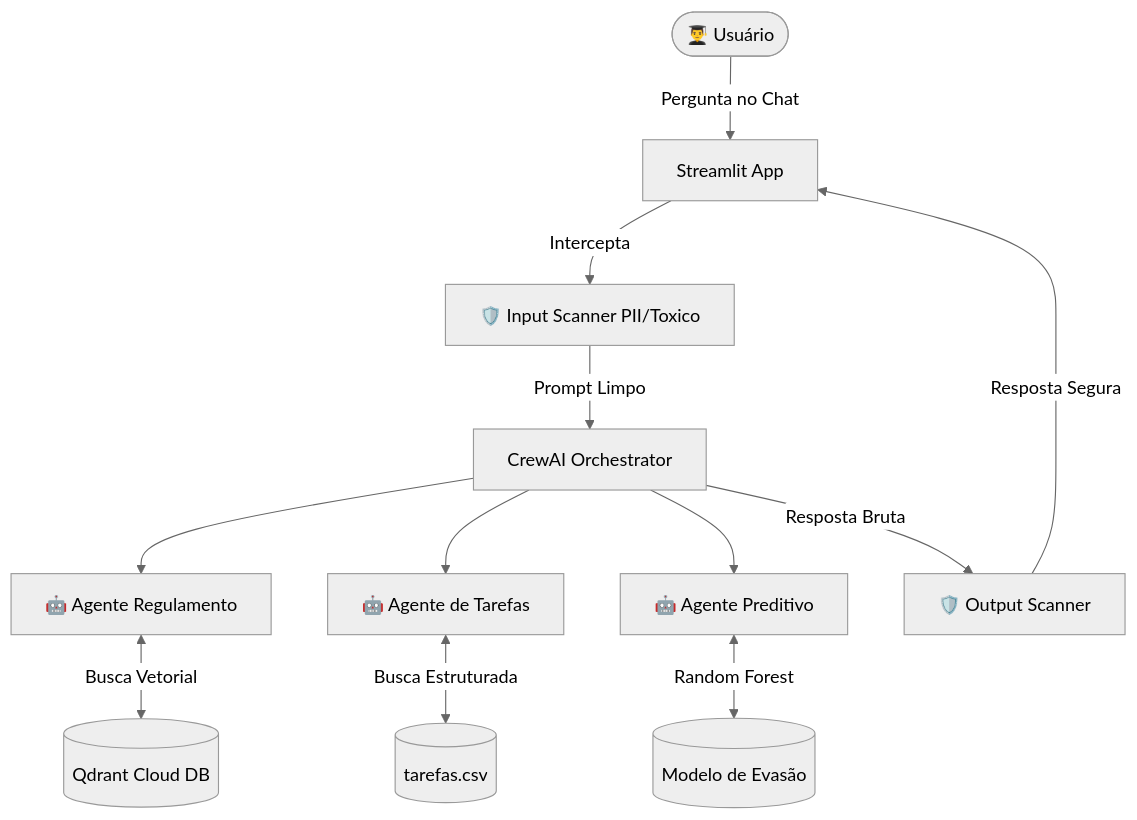
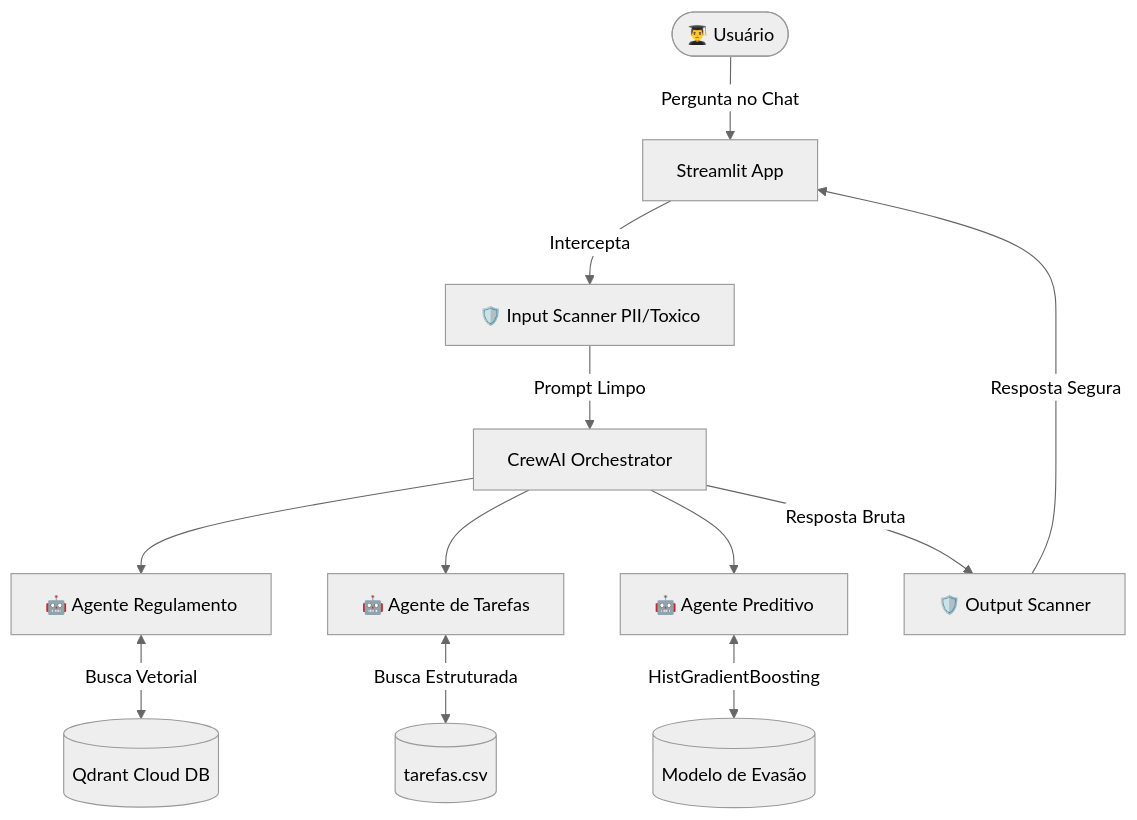
The diagram in README.md (FelippeNad/studyflow-ai), drawn with Mermaid (neutral theme) before and after one commit. The commit also changed other lines of this file, not shown here.

Commit message:
Fix: Atualiza README de Random Forest para HistGradientBoosting

````diff
--- a/README.md
+++ b/README.md
@@ -21,17 +21,17 @@
 ```mermaid
 graph TD
     User([👨‍🎓 Usuário]) -->|Pergunta no Chat| UI[Streamlit App]
     UI -->|Intercepta| SecIn[🛡️ Input Scanner PII/Toxico]
     SecIn -->|Prompt Limpo| Crew[CrewAI Orchestrator]
     
     Crew --> A1[🤖 Agente Regulamento]
     Crew --> A2[🤖 Agente de Tarefas]
     Crew --> A3[🤖 Agente Preditivo]
     
     A1 <-->|Busca Vetorial| Qdrant[(Qdrant Cloud DB)]
     A2 <-->|Busca Estruturada| CSV1[(tarefas.csv)]
-    A3 <-->|Random Forest| ML[(Modelo de Evasão)]
+    A3 <-->|HistGradientBoosting| ML[(Modelo de Evasão)]
     
     Crew -->|Resposta Bruta| SecOut[🛡️ Output Scanner]
     SecOut -->|Resposta Segura| UI
 ```
````
